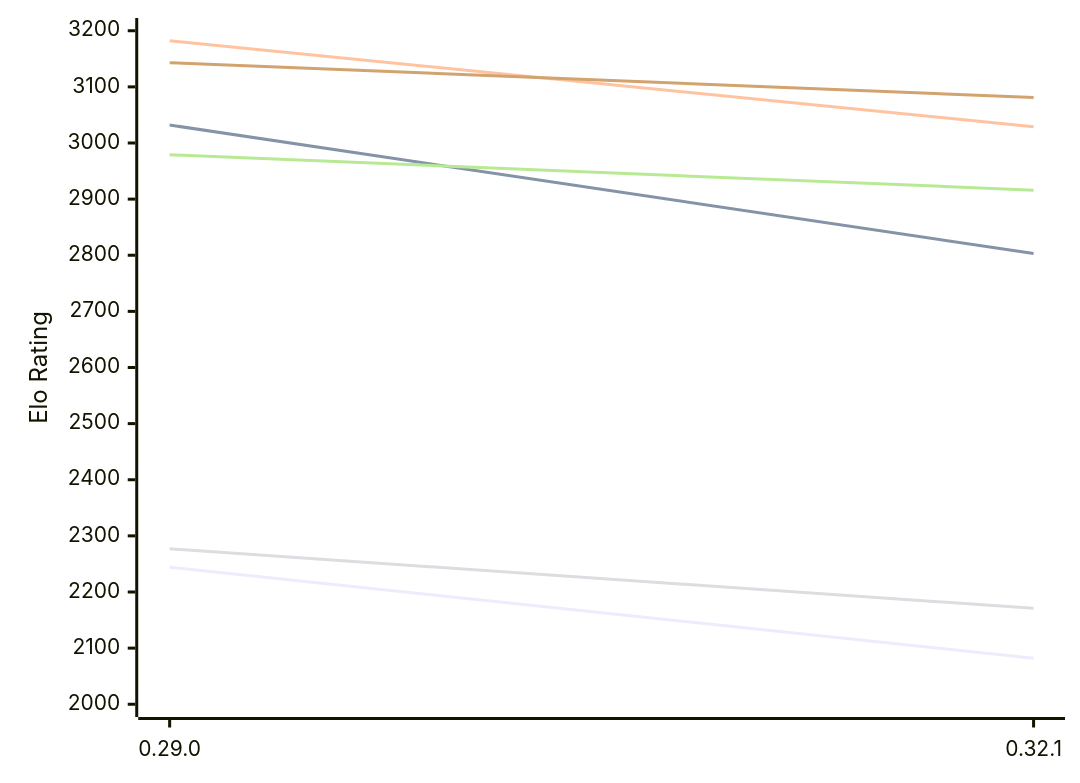
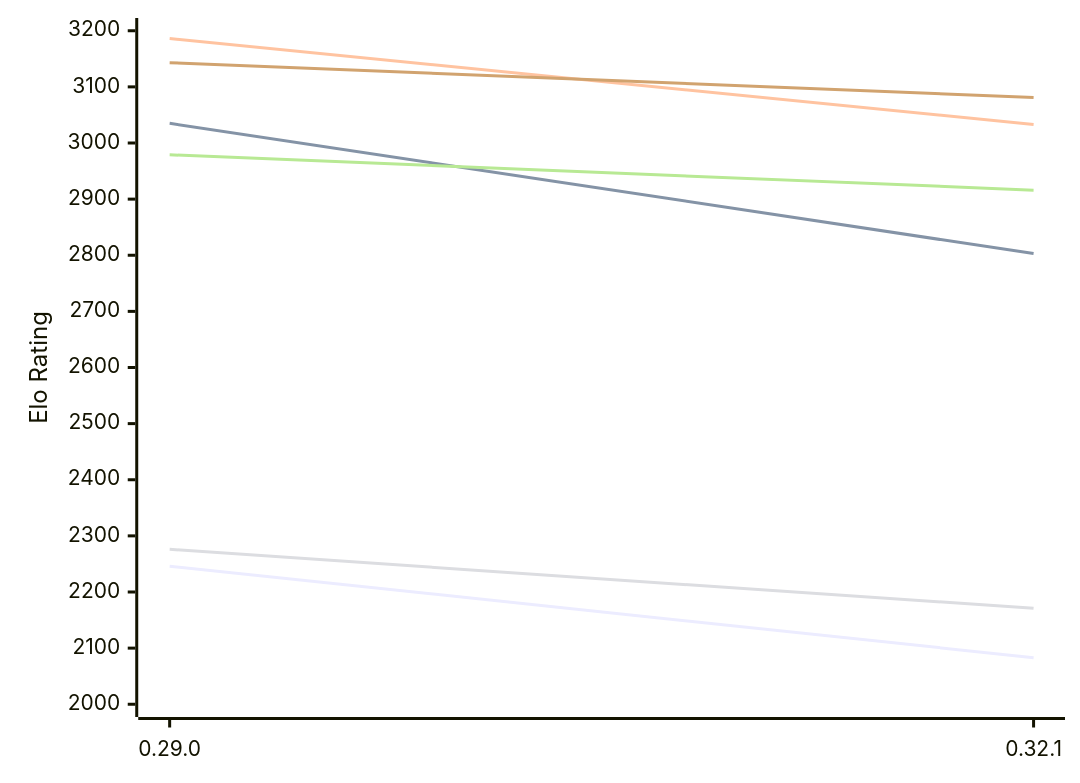
The first of 2 diagrams in engines/Lc0.md (computer-chess-index/cci), drawn with Mermaid before and after one commit. The commit also changed other lines of this file, not shown here.

Commit message:
Update CCI Ratings (ELO VLTC) - 2026-11-22

````diff
--- a/engines/Lc0.md
+++ b/engines/Lc0.md
@@ -50,12 +50,12 @@
 ```mermaid
 %%{init: {"theme":"base","themeVariables":{"seriesColors:['#a3a3a3','#222221','#faa371']}}}%%
 xychart-beta
   x-axis ["0.29.0", "0.32.1"]
   y-axis "Elo Rating" 2000 --> 3200
-  line "E1: STC (8.0+0.08s)" [2244, 2082]
-  line "E1: LTC (60.0+0.60s)" [3032, 2803]
-  line "E1: VLTC (2m24s+1.12s)" [3182, 3029]
-  line "P1: STC (8.0+0.08s)" [2277, 2171]
+  line "E1: STC (8.0+0.08s)" [2246, 2083]
+  line "E1: LTC (60.0+0.60s)" [3035, 2803]
+  line "E1: VLTC (2m24s+1.12s)" [3186, 3033]
+  line "P1: STC (8.0+0.08s)" [2276, 2171]
   line "P1: LTC (60.0+0.60s)" [2979, 2916]
   line "P1: VLTC (2m24s+1.12s)" [3143, 3081]
 ```
````
